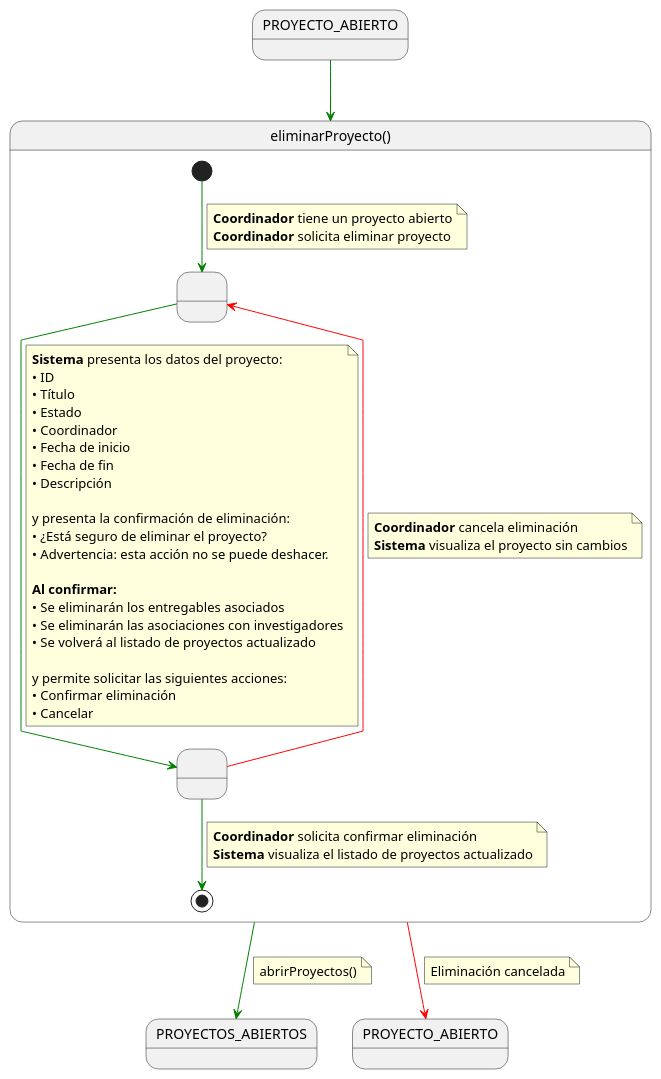
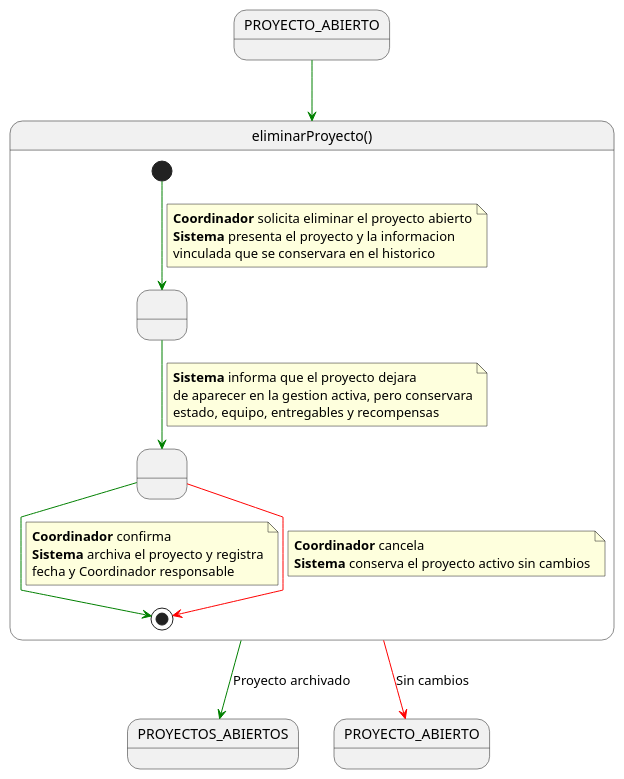
Before and after one commit to beatriizorozco/25-26-idsw2-sdVC: the diagram in modelosUML/RUP/00-casos-uso/02-detalle/coordinador/eliminarProyecto/especificacion.puml, drawn with PlantUML. The commit also changed 38 other files, not shown here.

Commit message:
docs(proyectos): aplicar archivado lógico con trazabilidad histórica

```diff
--- a/modelosUML/RUP/00-casos-uso/02-detalle/coordinador/eliminarProyecto/especificacion.puml
+++ b/modelosUML/RUP/00-casos-uso/02-detalle/coordinador/eliminarProyecto/especificacion.puml
@@ -1,67 +1,42 @@
 @startuml eliminarProyecto
 skinparam linetype polyline
 
-state in1 as "PROYECTO_ABIERTO"
-in1 -[#green]-> eliminarProyecto
-
+state proyecto as "PROYECTO_ABIERTO"
+proyecto -[#green]-> eliminarProyecto
 
 state eliminarProyecto as "eliminarProyecto()" {
+    state " " as MostrandoConsecuencias
+    state " " as ConfirmandoArchivado
 
-    state " " as MostrandoProyecto
-    state " " as ConfirmandoEliminacion
-
-    [*] -[#green]-> MostrandoProyecto
+    [*] -[#green]-> MostrandoConsecuencias
     note on link
-    <b>Coordinador</b> tiene un proyecto abierto
-    <b>Coordinador</b> solicita eliminar proyecto
+    <b>Coordinador</b> solicita eliminar el proyecto abierto
+    <b>Sistema</b> presenta el proyecto y la informacion
+    vinculada que se conservara en el historico
     end note
 
-    MostrandoProyecto -[#green]-> ConfirmandoEliminacion
+    MostrandoConsecuencias -[#green]-> ConfirmandoArchivado
     note on link
-    <b>Sistema</b> presenta los datos del proyecto:
-    • ID
-    • Título
-    • Estado
-    • Coordinador
-    • Fecha de inicio
-    • Fecha de fin
-    • Descripción
-
-    y presenta la confirmación de eliminación:
-    • ¿Está seguro de eliminar el proyecto?
-    • Advertencia: esta acción no se puede deshacer.
-
-    <b>Al confirmar:</b>
-    • Se eliminarán los entregables asociados
-    • Se eliminarán las asociaciones con investigadores
-    • Se volverá al listado de proyectos actualizado
-
-    y permite solicitar las siguientes acciones:
-    • Confirmar eliminación
-    • Cancelar
+    <b>Sistema</b> informa que el proyecto dejara
+    de aparecer en la gestion activa, pero conservara
+    estado, equipo, entregables y recompensas
     end note
 
-    ConfirmandoEliminacion -[#green]-> [*]
+    ConfirmandoArchivado -[#green]-> [*]
     note on link
-    <b>Coordinador</b> solicita confirmar eliminación
-    <b>Sistema</b> visualiza el listado de proyectos actualizado
+    <b>Coordinador</b> confirma
+    <b>Sistema</b> archiva el proyecto y registra
+    fecha y Coordinador responsable
     end note
 
-    ConfirmandoEliminacion -[#red]-> MostrandoProyecto
+    ConfirmandoArchivado -[#red]-> [*]
     note on link
-    <b>Coordinador</b> cancela eliminación
-    <b>Sistema</b> visualiza el proyecto sin cambios
+    <b>Coordinador</b> cancela
+    <b>Sistema</b> conserva el proyecto activo sin cambios
     end note
 }
 
-eliminarProyecto -[#green]-> PROYECTOS_ABIERTOS
-note on link
-abrirProyectos()
-end note
-
-eliminarProyecto -[#red]-> PROYECTO_ABIERTO
-note on link
-Eliminación cancelada
-end note
+eliminarProyecto -[#green]-> PROYECTOS_ABIERTOS: Proyecto archivado
+eliminarProyecto -[#red]-> PROYECTO_ABIERTO: Sin cambios
 
 @enduml
```
